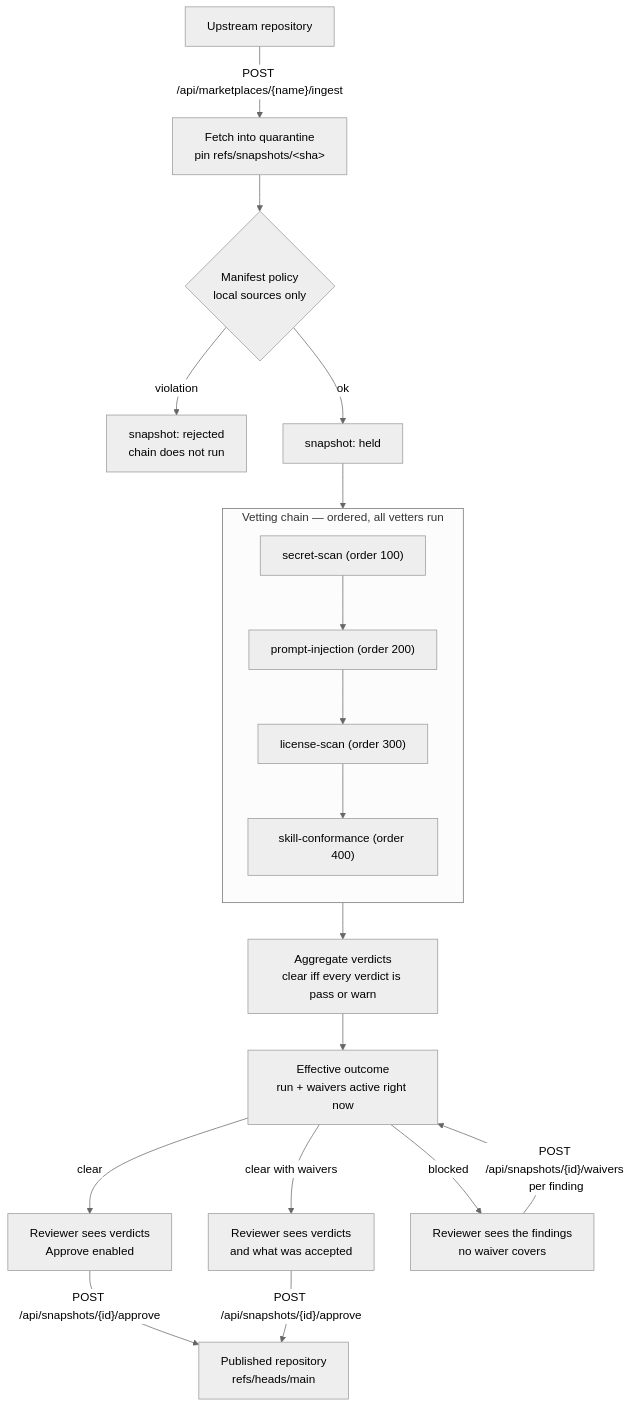
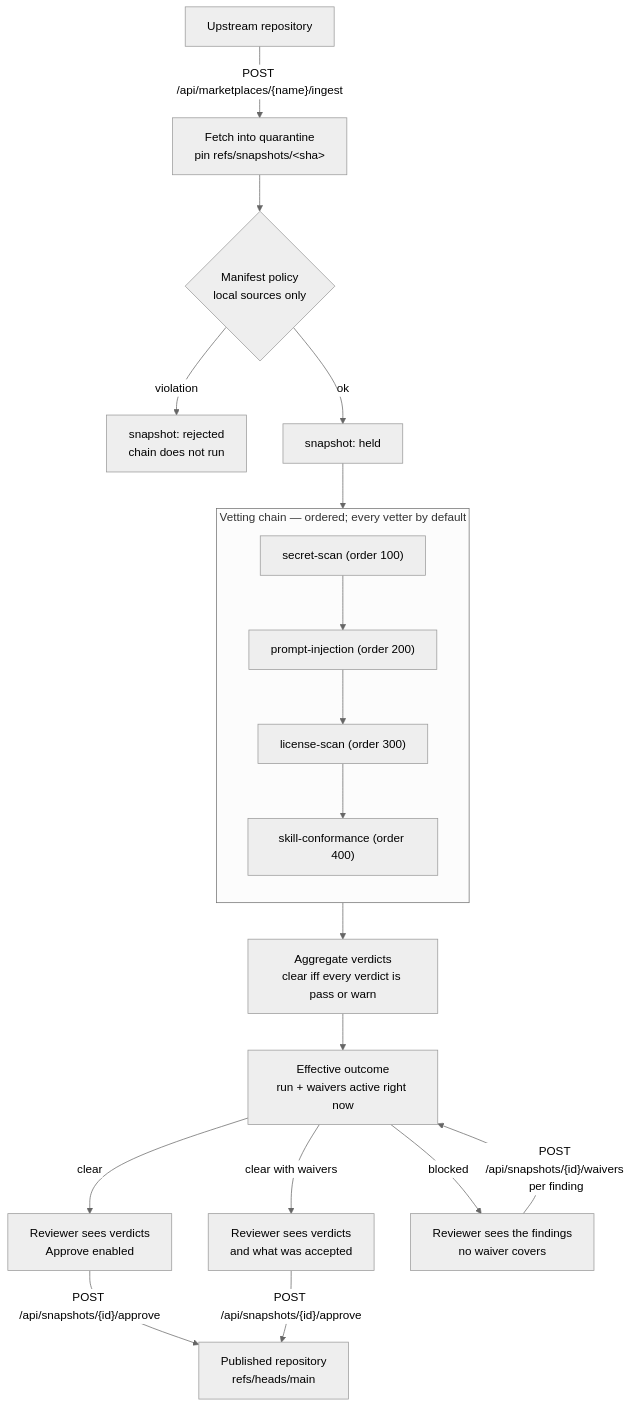
One commit to skillsgateway/skillsgateway changed the diagram in docs/manual/concepts/vetting.md. Above: the diagram before and after it, drawn with Mermaid (neutral theme). The commit also changed other lines of this file and 54 other files, not shown here.

First line of the commit message:
feat(vetting): stop the chain after a failure, and let an administrator order it (#410)

````diff
--- a/docs/manual/concepts/vetting.md
+++ b/docs/manual/concepts/vetting.md
@@ -16,22 +16,22 @@
 ```mermaid
 flowchart TD
     U["Upstream repository"] -->|"POST /api/marketplaces/{name}/ingest"| F["Fetch into quarantine<br/>pin refs/snapshots/&lt;sha&gt;"]
     F --> M{"Manifest policy<br/>local sources only"}
     M -->|violation| R["snapshot: rejected<br/>chain does not run"]
     M -->|ok| H["snapshot: held"]
     H --> C["Vetting chain"]
 
-    subgraph C["Vetting chain — ordered, all vetters run"]
+    subgraph C["Vetting chain — ordered; every vetter by default"]
         direction TB
         C1["secret-scan (order 100)"] --> C2["prompt-injection (order 200)"] --> C3["license-scan (order 300)"] --> C4["skill-conformance (order 400)"]
     end
 
     C --> A["Aggregate verdicts<br/>clear iff every verdict is pass or warn"]
     A --> E["Effective outcome<br/>run + waivers active right now"]
     E -->|clear| RV["Reviewer sees verdicts<br/>Approve enabled"]
     E -->|clear with waivers| RW["Reviewer sees verdicts<br/>and what was accepted"]
     E -->|blocked| RB["Reviewer sees the findings<br/>no waiver covers"]
     RV -->|"POST /api/snapshots/{id}/approve"| P["Published repository<br/>refs/heads/main"]
     RW -->|"POST /api/snapshots/{id}/approve"| P
     RB -->|"POST /api/snapshots/{id}/waivers per finding"| E
 ```
````
